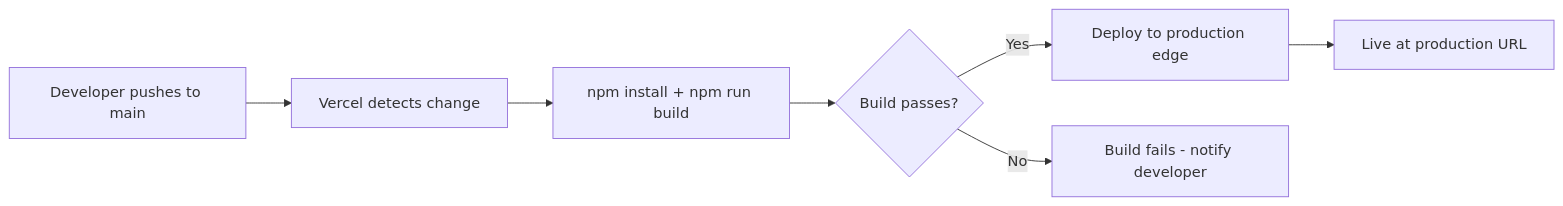
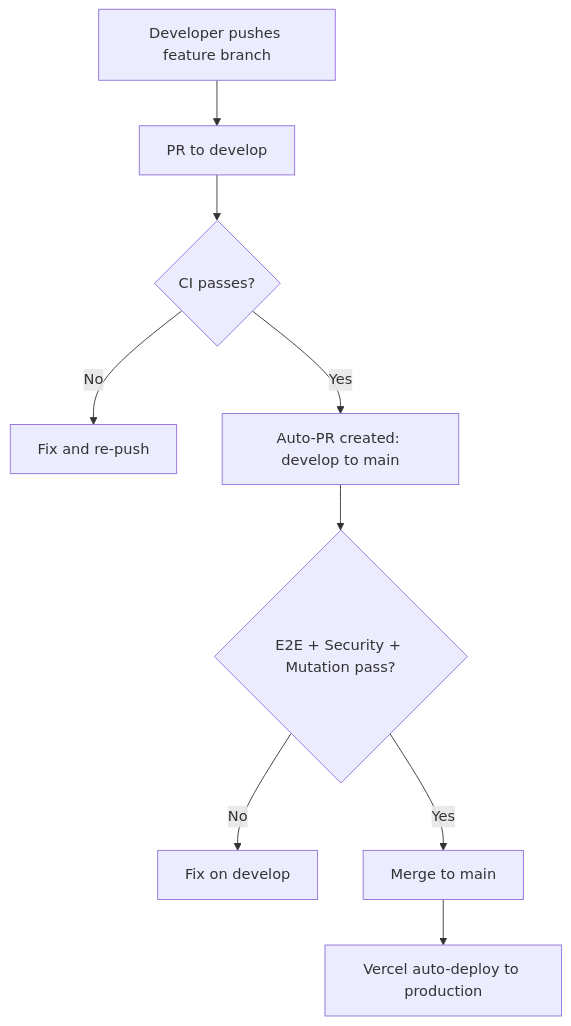
The fifth of 5 diagrams in README.md (Oweeboi011/Fit-Ready-IQ), drawn with Mermaid before and after one commit. The commit also changed other lines of this file and 17 other files, not shown here.

First line of the commit message:
ci: simplify to trunk-based flow and fix review bugs

````diff
--- a/README.md
+++ b/README.md
@@ -344,9 +395,11 @@
 ```mermaid
-flowchart LR
-    A[Developer pushes to main] --> B[Vercel detects change]
-    B --> C[npm install + npm run build]
-    C --> D{Build passes?}
-    D -->|Yes| E[Deploy to production edge]
-    D -->|No| F[Build fails - notify developer]
-    E --> G[Live at production URL]
+flowchart TD
+    A[Developer pushes feature branch] --> B[PR to develop]
+    B --> C{CI passes?}
+    C -->|No| D[Fix and re-push]
+    C -->|Yes| E[Auto-PR created: develop to main]
+    E --> F{E2E + Security + Mutation pass?}
+    F -->|No| G[Fix on develop]
+    F -->|Yes| H[Merge to main]
+    H --> I[Vercel auto-deploy to production]
 ```
````
